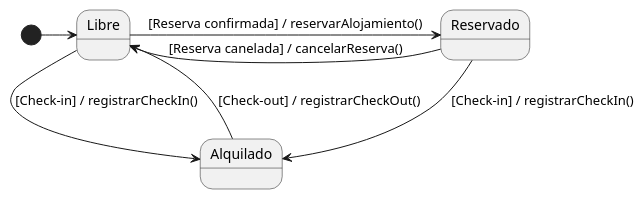
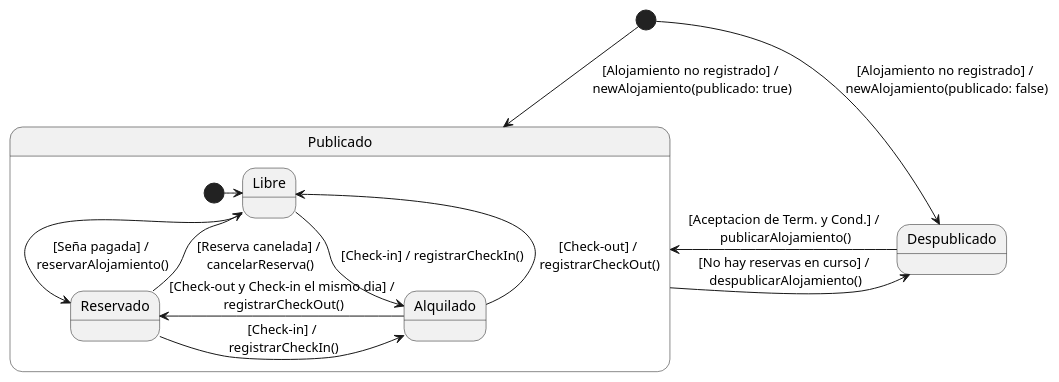
The diagram in Diagrama_Estados/Diagrama_Estados_Alojamiento.puml (franciscolmos/IS1-EasyHome), drawn with PlantUML before and after one commit. The commit also changed 13 other files, not shown here.

```diff
--- a/Diagrama_Estados/Diagrama_Estados_Alojamiento.puml
+++ b/Diagrama_Estados/Diagrama_Estados_Alojamiento.puml
@@ -1,14 +1,17 @@
 @startuml Diagrama_Estado_Alohamiento_EasyHome
 
-[*] -> Libre
-Libre -> Reservado : [Reserva confirmada] / reservarAlojamiento()
-Libre -> Alquilado : [Check-in] / registrarCheckIn()
-Reservado -> Alquilado : [Check-in] / registrarCheckIn()
-Reservado -> Libre : [Reserva canelada] / cancelarReserva()
-Alquilado --> Libre : [Check-out] / registrarCheckOut()
+[*] -> Publicado : [Alojamiento no registrado] /\n newAlojamiento(publicado: true)
+[*] -down-> Despublicado : [Alojamiento no registrado] /\n newAlojamiento(publicado: false)
+state Publicado {
+    [*] -right-> Libre
+    Libre -down-> Reservado : [Seña pagada] /\n reservarAlojamiento()
+    Libre -down-> Alquilado : [Check-in] / registrarCheckIn()
+    Reservado -> Alquilado : [Check-in] /\n registrarCheckIn()
+    Reservado -> Libre : [Reserva canelada] /\n cancelarReserva()
+    Alquilado -> Libre : [Check-out] /\n registrarCheckOut()
+    Alquilado -> Reservado : [Check-out y Check-in el mismo dia] /\n registrarCheckOut()
+}
+Publicado -> Despublicado : [No hay reservas en curso] /\n despublicarAlojamiento()
+Despublicado -> Publicado : [Aceptacion de Term. y Cond.] /\n publicarAlojamiento()
 
-/'
-    * Es necesario que tenga fin ?
-    * Deberiamos incluir el pago como un estado ?
-'/
 @enduml 
```
